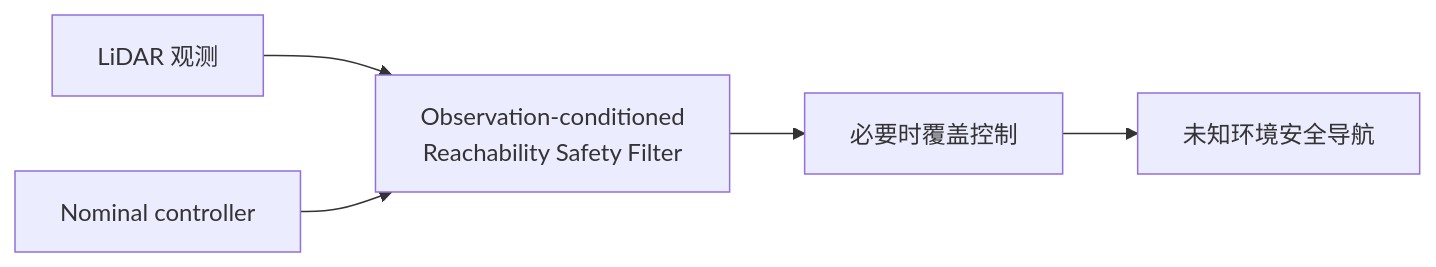
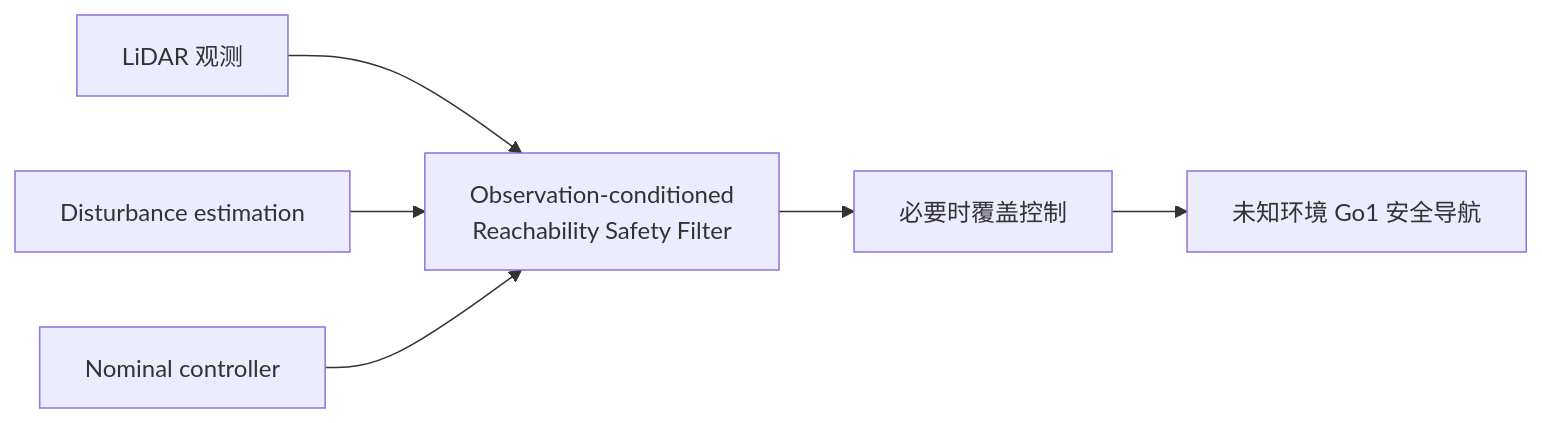
One commit to YuFei-yuu/SEA changed diagram 11 of 21 in docs/group_meeting_slides.md. Above: the diagram before and after it, drawn with Mermaid. The commit also changed other lines of this file and 2 other files, not shown here.

````diff
--- a/docs/group_meeting_slides.md
+++ b/docs/group_meeting_slides.md
@@ -297,7 +310,8 @@
 ```mermaid
 flowchart LR
     P10A["LiDAR 观测"] --> P10C["Observation-conditioned<br/>Reachability Safety Filter"]
+    P10E["Disturbance estimation"] --> P10C
     P10B["Nominal controller"] --> P10C
     P10C --> P10D["必要时覆盖控制"]
-    P10D --> P10E["未知环境安全导航"]
+    P10D --> P10F["未知环境 Go1 安全导航"]
 ```
````
